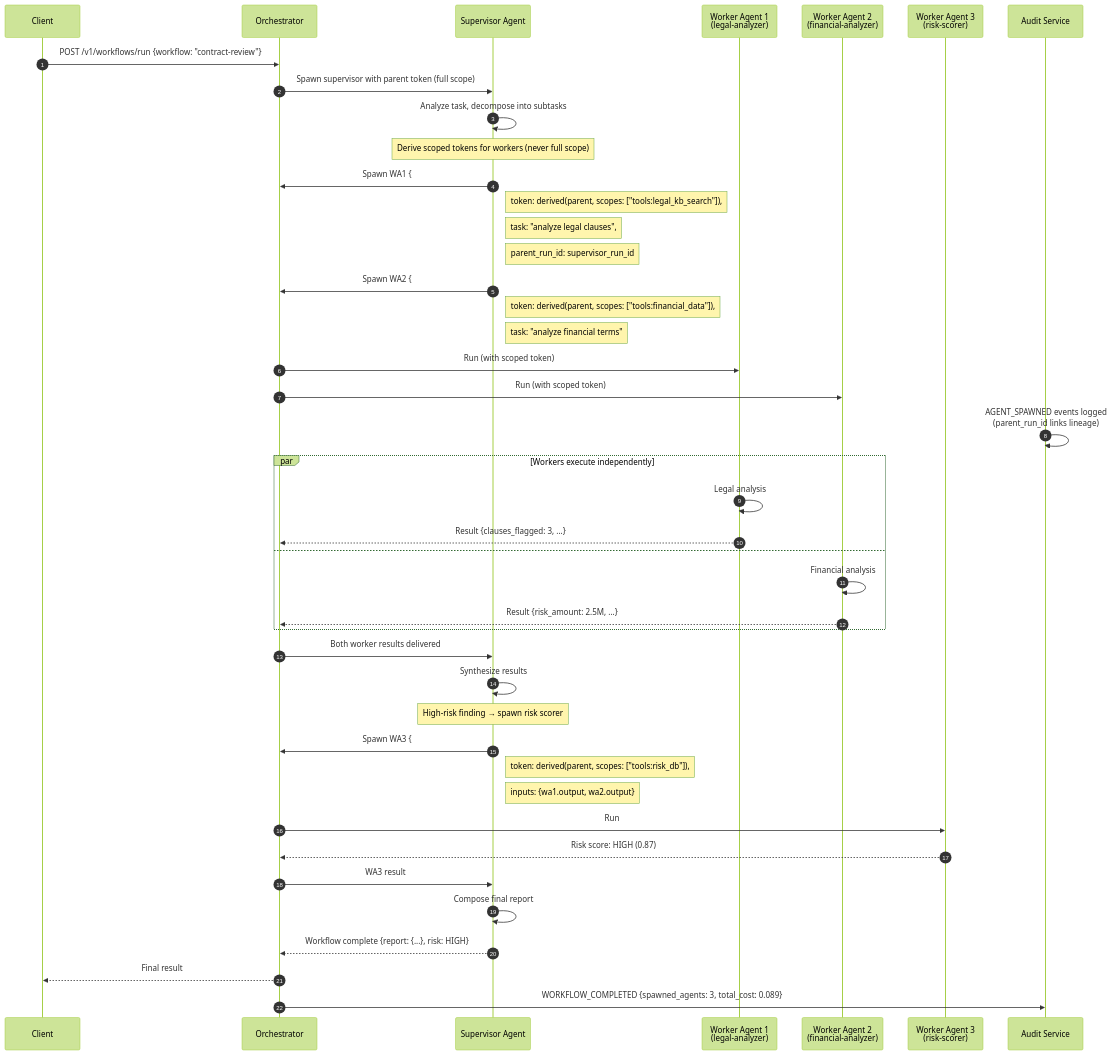
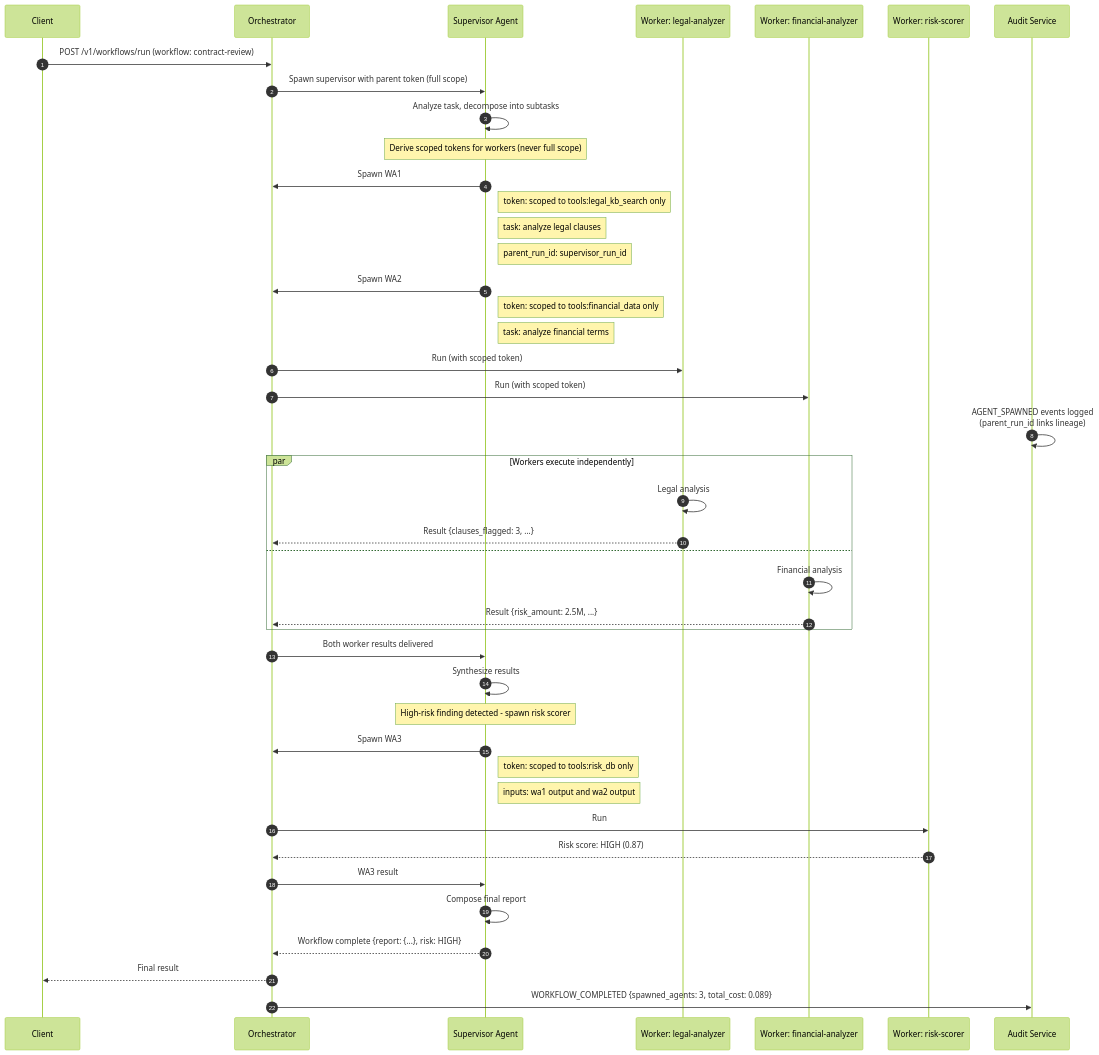
Diagram 16 of 18 in SEQUENCE_DIAGRAMS.md (GVijay456/Test), drawn with Mermaid (forest theme) before and after one commit. The commit also changed other lines of this file and 1 other file, not shown here.

First line of the commit message:
Fix Mermaid sequence diagram rendering issues

````diff
--- a/SEQUENCE_DIAGRAMS.md
+++ b/SEQUENCE_DIAGRAMS.md
@@ -865,55 +862,55 @@
 ```mermaid
 sequenceDiagram
     autonumber
     participant C  as Client
     participant OR as Orchestrator
     participant SA as Supervisor Agent
-    participant WA1 as Worker Agent 1<br/>(legal-analyzer)
-    participant WA2 as Worker Agent 2<br/>(financial-analyzer)
-    participant WA3 as Worker Agent 3<br/>(risk-scorer)
+    participant WA1 as Worker: legal-analyzer
+    participant WA2 as Worker: financial-analyzer
+    participant WA3 as Worker: risk-scorer
     participant AU as Audit Service
 
-    C->>OR: POST /v1/workflows/run {workflow: "contract-review"}
+    C->>OR: POST /v1/workflows/run (workflow: contract-review)
     OR->>SA: Spawn supervisor with parent token (full scope)
 
     SA->>SA: Analyze task, decompose into subtasks
 
     Note over SA: Derive scoped tokens for workers (never full scope)
-    SA->>OR: Spawn WA1 {
-    Note right of SA: token: derived(parent, scopes: ["tools:legal_kb_search"]),
-    Note right of SA: task: "analyze legal clauses",
+    SA->>OR: Spawn WA1
+    Note right of SA: token: scoped to tools:legal_kb_search only
+    Note right of SA: task: analyze legal clauses
     Note right of SA: parent_run_id: supervisor_run_id
 
-    SA->>OR: Spawn WA2 {
-    Note right of SA: token: derived(parent, scopes: ["tools:financial_data"]),
-    Note right of SA: task: "analyze financial terms"
+    SA->>OR: Spawn WA2
+    Note right of SA: token: scoped to tools:financial_data only
+    Note right of SA: task: analyze financial terms
 
     OR->>WA1: Run (with scoped token)
     OR->>WA2: Run (with scoped token)
     AU->>AU: AGENT_SPAWNED events logged<br/>(parent_run_id links lineage)
 
     par Workers execute independently
         WA1->>WA1: Legal analysis
         WA1-->>OR: Result {clauses_flagged: 3, ...}
     and
         WA2->>WA2: Financial analysis
         WA2-->>OR: Result {risk_amount: 2.5M, ...}
     end
 
     OR->>SA: Both worker results delivered
     SA->>SA: Synthesize results
 
-    Note over SA: High-risk finding → spawn risk scorer
-    SA->>OR: Spawn WA3 {
-    Note right of SA: token: derived(parent, scopes: ["tools:risk_db"]),
-    Note right of SA: inputs: {wa1.output, wa2.output}
+    Note over SA: High-risk finding detected - spawn risk scorer
+    SA->>OR: Spawn WA3
+    Note right of SA: token: scoped to tools:risk_db only
+    Note right of SA: inputs: wa1 output and wa2 output
 
     OR->>WA3: Run
     WA3-->>OR: Risk score: HIGH (0.87)
     OR->>SA: WA3 result
 
     SA->>SA: Compose final report
     SA-->>OR: Workflow complete {report: {...}, risk: HIGH}
     OR-->>C: Final result
     OR->>AU: WORKFLOW_COMPLETED {spawned_agents: 3, total_cost: 0.089}
 ```
````
